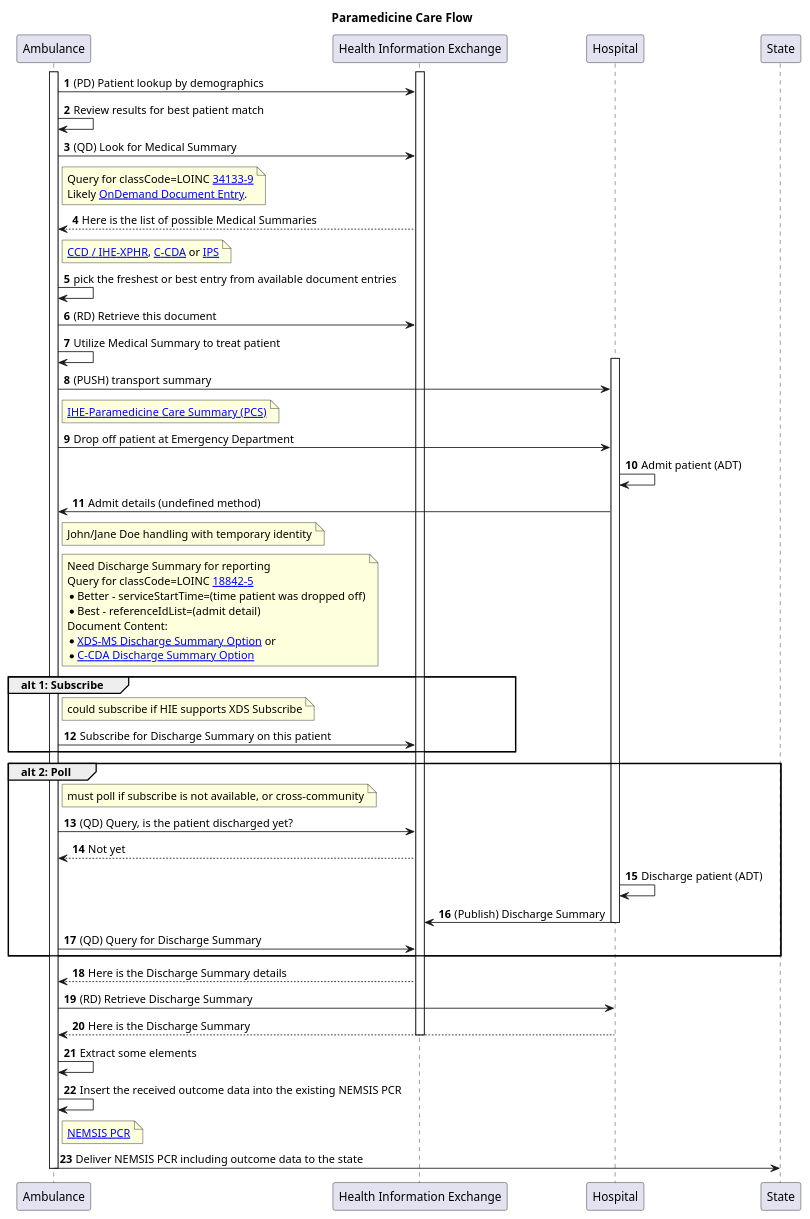
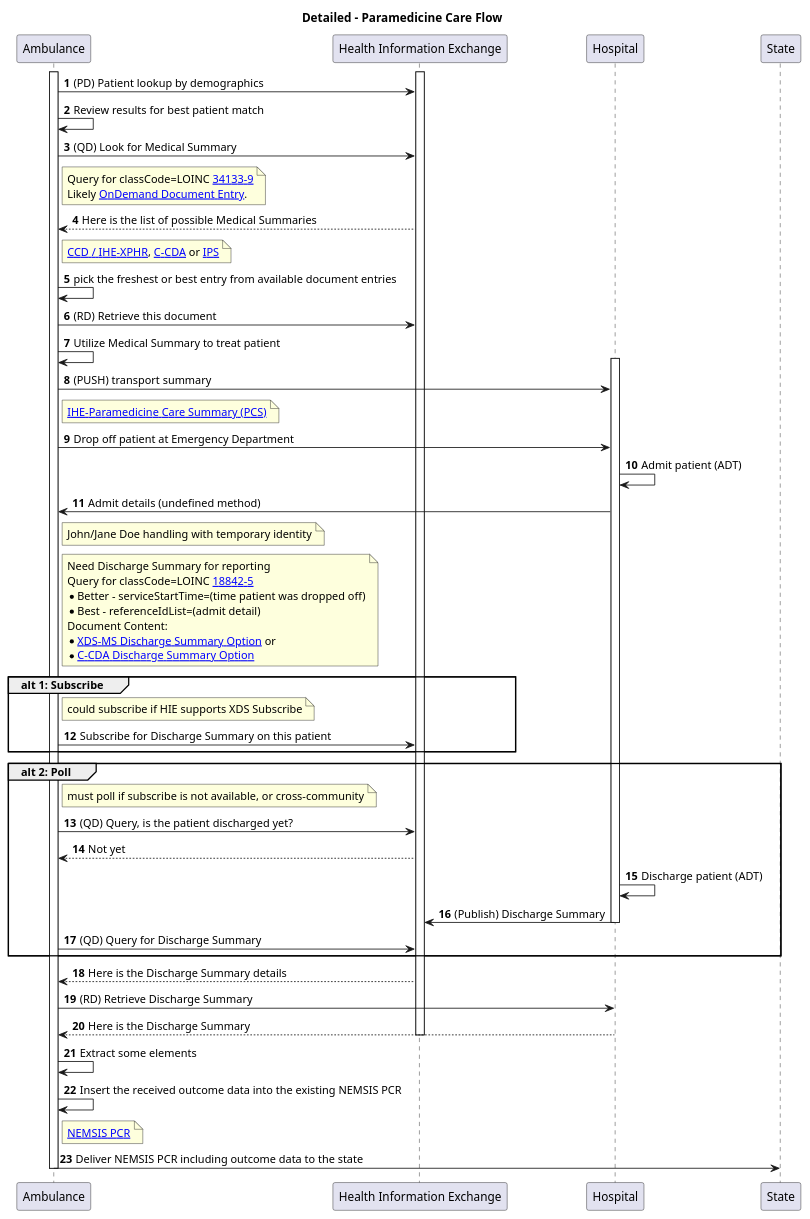
The diagram in input/images-source/usecase1-processflow.plantuml (IHE/EMS-Overall), drawn with PlantUML before and after one commit. The commit also changed 8 other files, not shown here.

```diff
--- a/input/images-source/usecase1-processflow.plantuml
+++ b/input/images-source/usecase1-processflow.plantuml
@@ -1,61 +1,61 @@
 @startuml
 skinparam svgDimensionStyle false
-title Paramedicine Care Flow
+title Detailed - Paramedicine Care Flow
 participant "Ambulance" as Ambulance
 participant "Health Information Exchange" as HIE [[https://profiles.ihe.net/ITI/HIE-Whitepaper/index.html HIE-Whitepaper]]
 autonumber
 activate Ambulance
 activate HIE
 Ambulance -> HIE: (PD) Patient lookup by demographics
 Ambulance -> Ambulance: Review results for best patient match
 
 Ambulance -> HIE: (QD) Look for Medical Summary
 Note right of Ambulance: Query for classCode=LOINC [[https://loinc.org/34133-9/ 34133-9]]\nLikely [[https://profiles.ihe.net/ITI/HIE-Whitepaper/index.html#212-dynamic-documents OnDemand Document Entry]].
 Ambulance <-- HIE: Here is the list of possible Medical Summaries
 Note right of Ambulance: [[https://www.ihe.net/uploadedFiles/Documents/PCC/IHE_PCC_TF_Vol1.pdf#nameddest=4_Exchange_of_Personal_Health_R CCD / IHE-XPHR]], [[https://www.hl7.org/ccdasearch/ C-CDA]] or [[https://hl7.org/fhir/uv/ips/ IPS]]
 Ambulance -> Ambulance: pick the freshest or best entry from available document entries
 
 Ambulance -> HIE: (RD) Retrieve this document
 Ambulance -> Ambulance: Utilize Medical Summary to treat patient
 
 activate Hospital
 Ambulance -> Hospital: (PUSH) transport summary 
 Note right of Ambulance: [[https://www.ihe.net//uploadedFiles/Documents/PCC/IHE_PCC_Suppl_PCS.pdf IHE-Paramedicine Care Summary (PCS)]]
 
 Ambulance -> Hospital: Drop off patient at Emergency Department
 
 Hospital-> Hospital: Admit patient (ADT)
 
 Hospital -> Ambulance: Admit details (undefined method)
 Note right of Ambulance: John/Jane Doe handling with temporary identity
 
 Note right of Ambulance: Need Discharge Summary for reporting\nQuery for classCode=LOINC [[https://loinc.org/18842-5/ 18842-5]]\n* Better - serviceStartTime=(time patient was dropped off)\n* Best - referenceIdList=(admit detail)\nDocument Content:\n* [[https://www.ihe.net/uploadedFiles/Documents/PCC/IHE_PCC_TF_Vol1.pdf#nameddest=3_4_2_2_Discharge_Summary_Optio XDS-MS Discharge Summary Option]] or \n* [[https://www.hl7.org/ccdasearch/templates/2.16.840.1.113883.10.20.22.1.8.html C-CDA Discharge Summary Option]]
 group alt 1: Subscribe
     Note right of Ambulance: could subscribe if HIE supports XDS Subscribe
     Ambulance -> HIE: Subscribe for Discharge Summary on this patient 
 end group
 group alt 2: Poll
     Note right of Ambulance: must poll if subscribe is not available, or cross-community
     Ambulance -> HIE: (QD) Query, is the patient discharged yet? 
     Ambulance <-- HIE: Not yet
 
     Hospital -> Hospital: Discharge patient (ADT)
     Hospital -> HIE: (Publish) Discharge Summary
     deactivate Hospital
 
     Ambulance -> HIE: (QD) Query for Discharge Summary
 end group
 Ambulance <-- HIE: Here is the Discharge Summary details
 Ambulance -> Hospital: (RD) Retrieve Discharge Summary
 Ambulance <-- Hospital: Here is the Discharge Summary
 deactivate HIE
 
 
 Ambulance -> Ambulance: Extract some elements
 Ambulance -> Ambulance: Insert the received outcome data into the existing NEMSIS PCR
 Note right of Ambulance: [[https://nemsis.org/technical-resources NEMSIS PCR]]
 Ambulance -> State: Deliver NEMSIS PCR including outcome data to the state
 
 deactivate Ambulance
 
 @enduml
```
